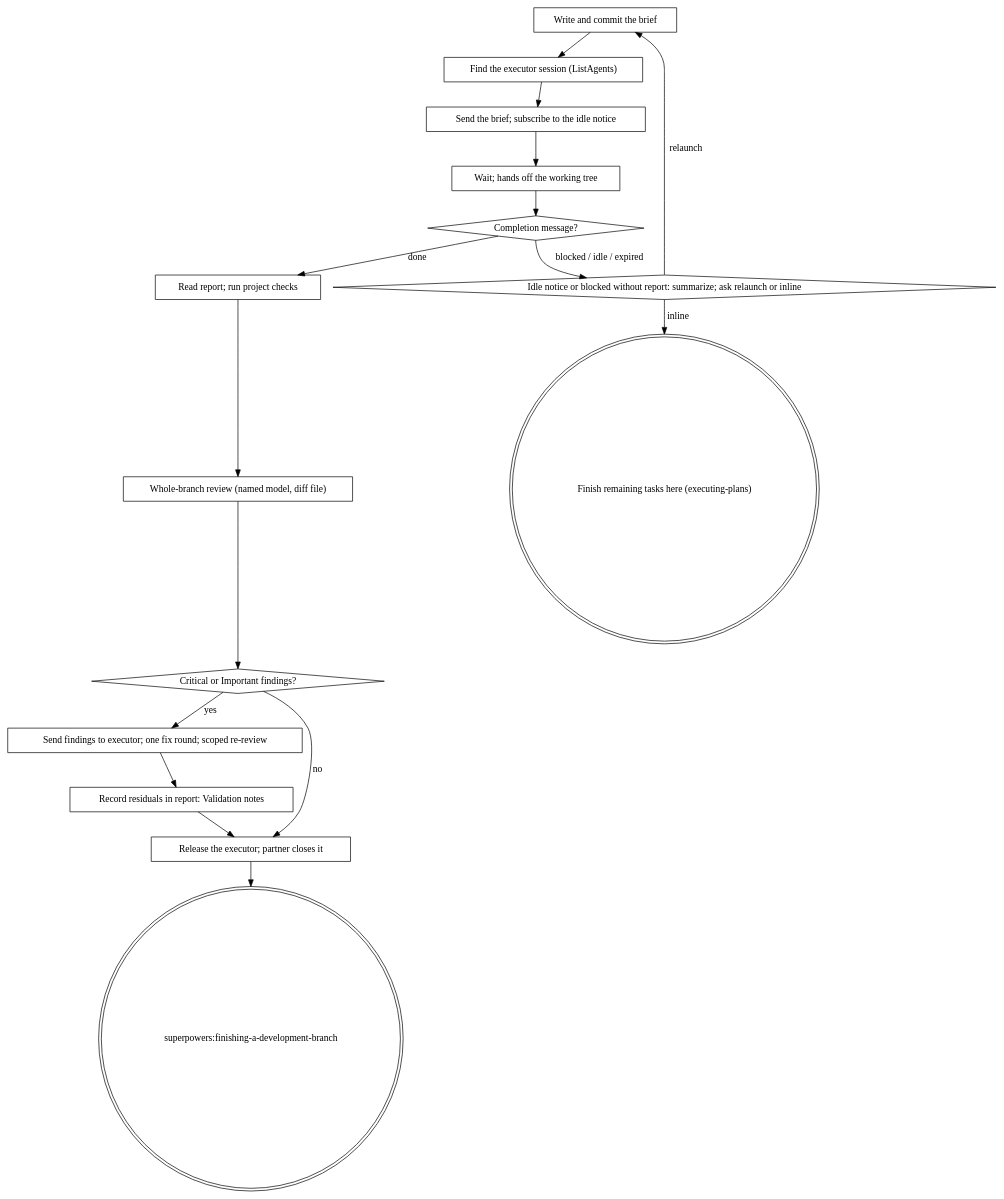
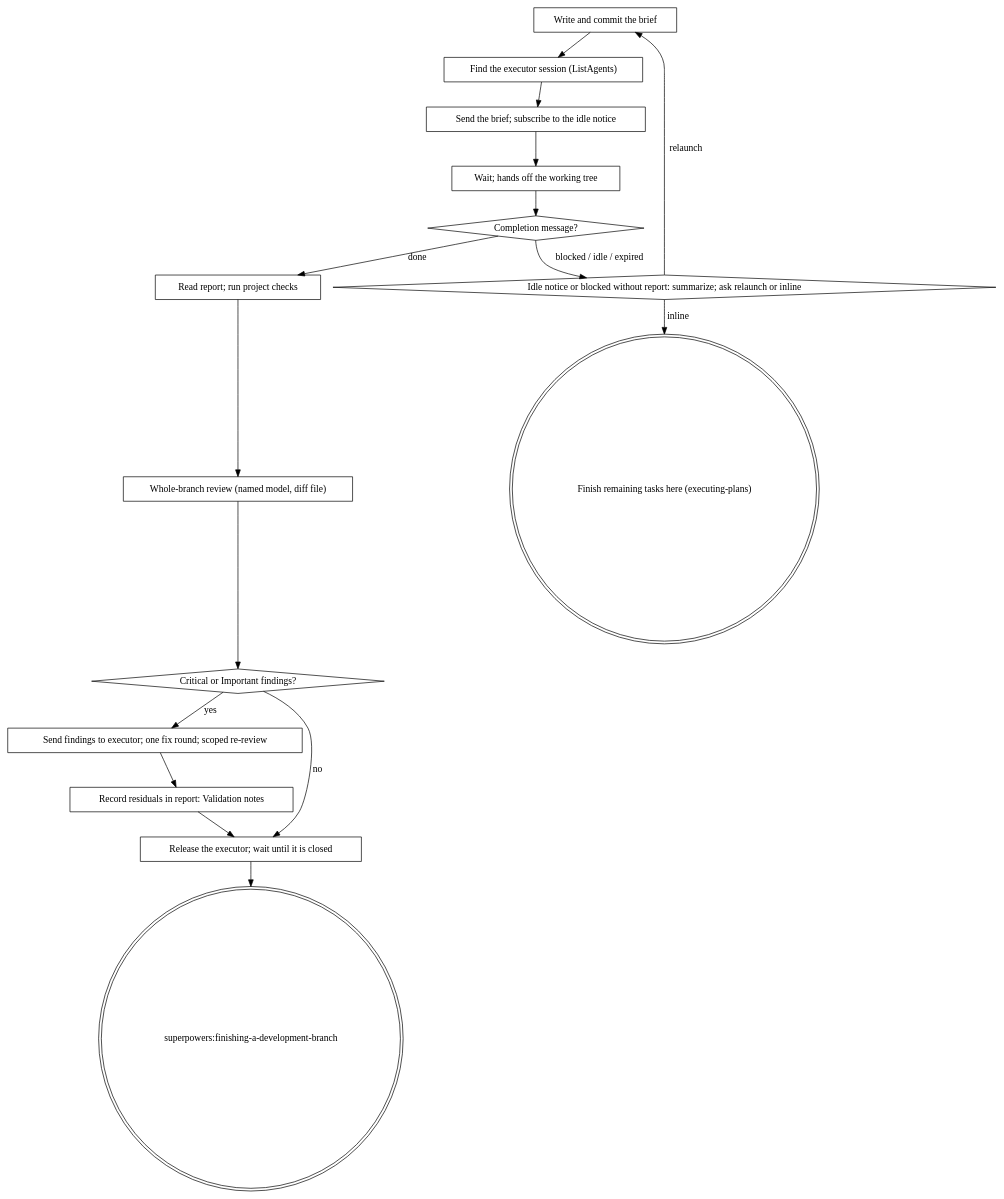
The diagram in skills/delegating-execution/SKILL.md (ViktorGozhiy/superpowers), drawn with Graphviz before and after one commit. The commit also changed other lines of this file and 3 other files, not shown here.

Commit message:
fix: finish the review residuals: human partner wording, executor release wait, spec handoff text, model default in code-reviewer.md

````diff
--- a/skills/delegating-execution/SKILL.md
+++ b/skills/delegating-execution/SKILL.md
@@ -20,34 +20,34 @@
 ```dot
 digraph delegating_execution {
     "Write and commit the brief" [shape=box];
     "Find the executor session (ListAgents)" [shape=box];
     "Send the brief; subscribe to the idle notice" [shape=box];
     "Wait; hands off the working tree" [shape=box];
     "Completion message?" [shape=diamond];
     "Read report; run project checks" [shape=box];
     "Whole-branch review (named model, diff file)" [shape=box];
     "Critical or Important findings?" [shape=diamond];
     "Send findings to executor; one fix round; scoped re-review" [shape=box];
     "Record residuals in report: Validation notes" [shape=box];
-    "Release the executor; partner closes it" [shape=box];
+    "Release the executor; wait until it is closed" [shape=box];
     "superpowers:finishing-a-development-branch" [shape=doublecircle];
     "Idle notice or blocked without report: summarize; ask relaunch or inline" [shape=diamond];
     "Finish remaining tasks here (executing-plans)" [shape=doublecircle];
 
     "Write and commit the brief" -> "Find the executor session (ListAgents)";
     "Find the executor session (ListAgents)" -> "Send the brief; subscribe to the idle notice";
     "Send the brief; subscribe to the idle notice" -> "Wait; hands off the working tree";
     "Wait; hands off the working tree" -> "Completion message?";
     "Completion message?" -> "Read report; run project checks" [label="done"];
     "Completion message?" -> "Idle notice or blocked without report: summarize; ask relaunch or inline" [label="blocked / idle / expired"];
     "Read report; run project checks" -> "Whole-branch review (named model, diff file)";
     "Whole-branch review (named model, diff file)" -> "Critical or Important findings?";
-    "Critical or Important findings?" -> "Release the executor; partner closes it" [label="no"];
+    "Critical or Important findings?" -> "Release the executor; wait until it is closed" [label="no"];
     "Critical or Important findings?" -> "Send findings to executor; one fix round; scoped re-review" [label="yes"];
     "Send findings to executor; one fix round; scoped re-review" -> "Record residuals in report: Validation notes";
-    "Record residuals in report: Validation notes" -> "Release the executor; partner closes it";
-    "Release the executor; partner closes it" -> "superpowers:finishing-a-development-branch";
+    "Record residuals in report: Validation notes" -> "Release the executor; wait until it is closed";
+    "Release the executor; wait until it is closed" -> "superpowers:finishing-a-development-branch";
     "Idle notice or blocked without report: summarize; ask relaunch or inline" -> "Write and commit the brief" [label="relaunch"];
     "Idle notice or blocked without report: summarize; ask relaunch or inline" -> "Finish remaining tasks here (executing-plans)" [label="inline"];
 }
 ```
````
